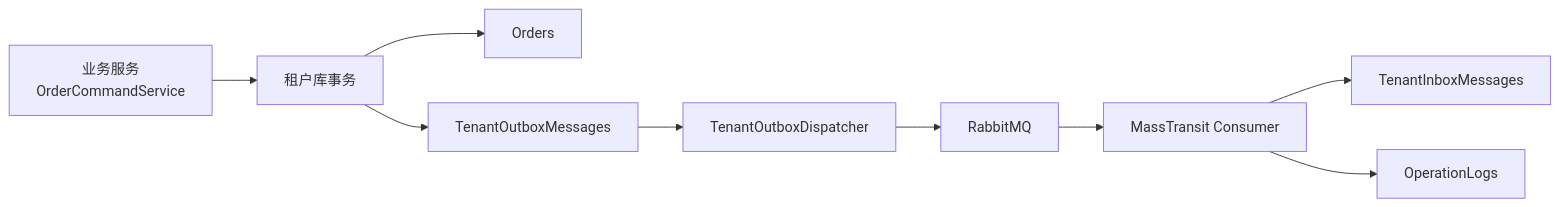
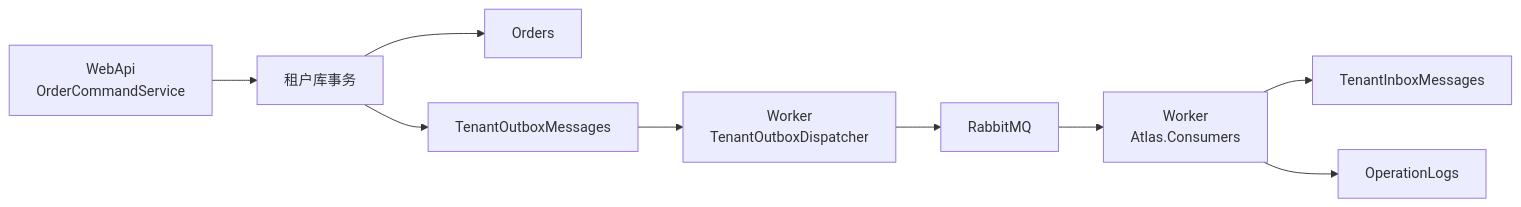
The diagram in docs/messaging_system_guide.md (yangxing5200/Atlas), drawn with Mermaid before and after one commit. The commit also changed other lines of this file and 30 other files, not shown here.

````diff
--- a/docs/messaging_system_guide.md
+++ b/docs/messaging_system_guide.md
@@ -58,11 +65,11 @@
 ```mermaid
 flowchart LR
-    A["业务服务<br/>OrderCommandService"] --> B["租户库事务"]
+    A["WebApi<br/>OrderCommandService"] --> B["租户库事务"]
     B --> C["Orders"]
     B --> D["TenantOutboxMessages"]
-    D --> E["TenantOutboxDispatcher"]
+    D --> E["Worker<br/>TenantOutboxDispatcher"]
     E --> F["RabbitMQ"]
-    F --> G["MassTransit Consumer"]
+    F --> G["Worker<br/>Atlas.Consumers"]
     G --> H["TenantInboxMessages"]
     G --> I["OperationLogs"]
 ```
````
